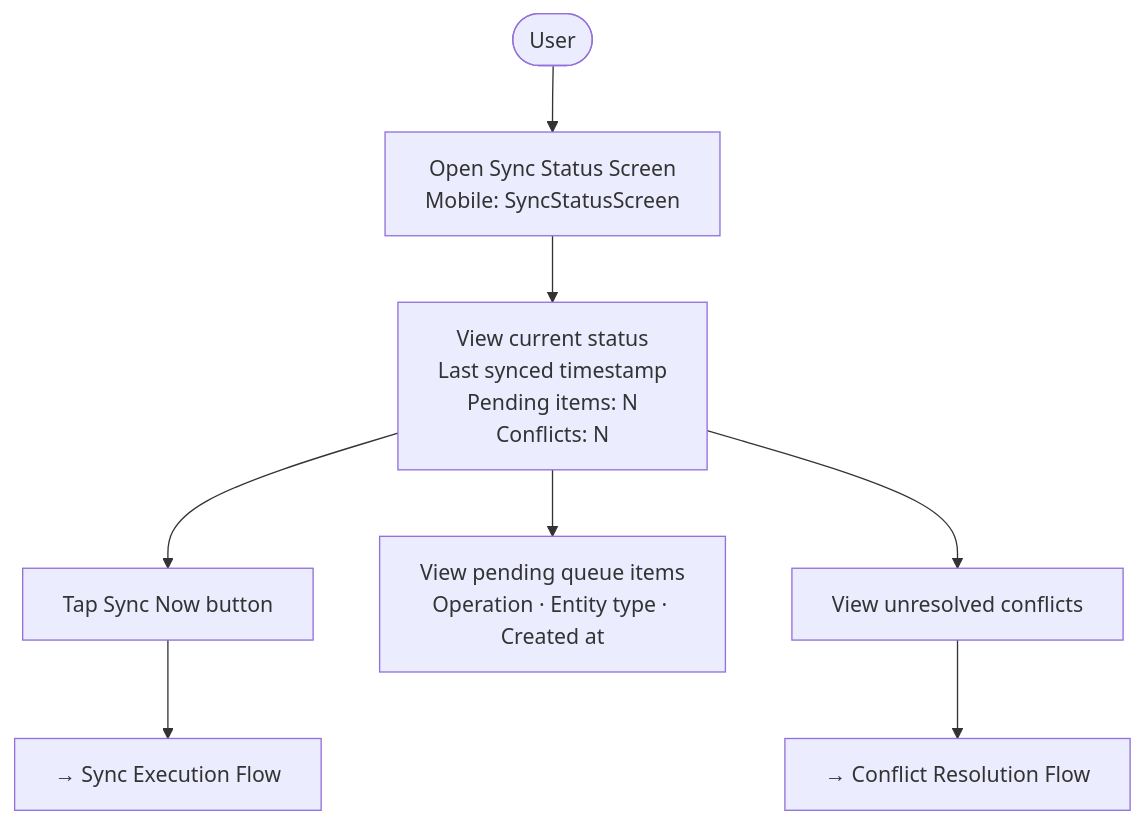
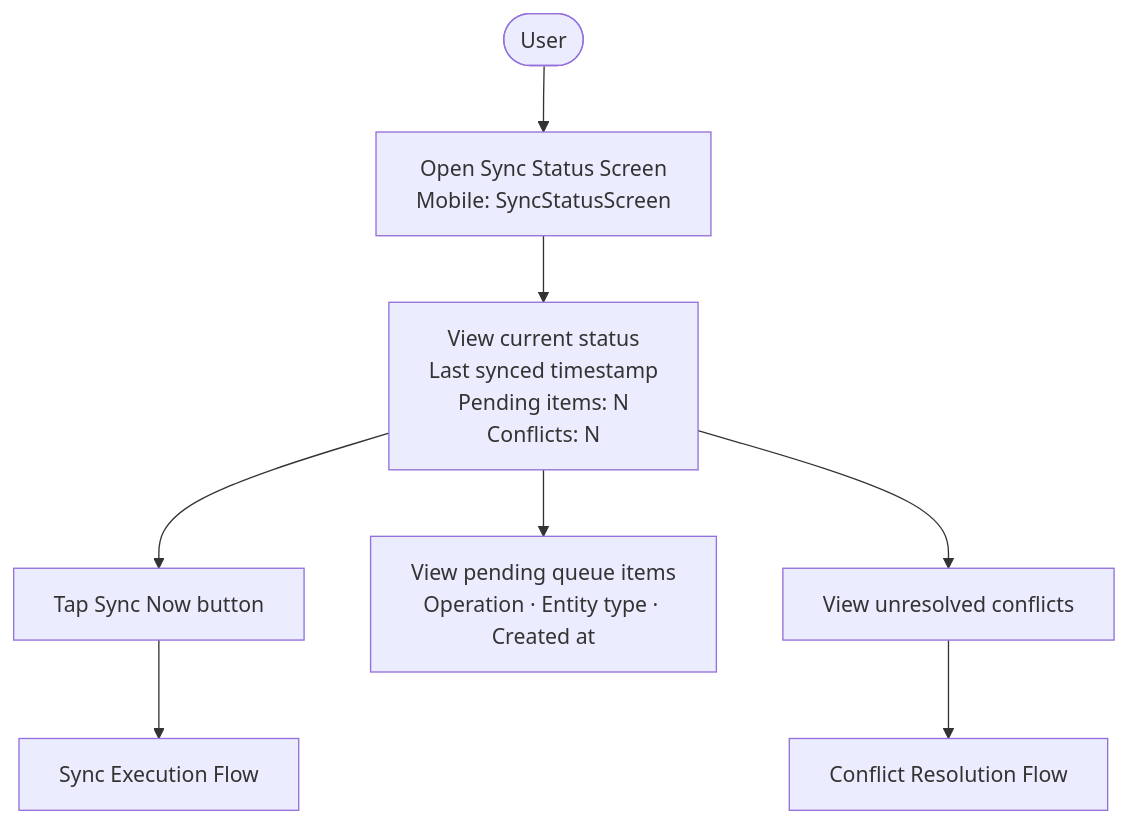
One commit to Nandan222001/health_smart_engage changed the fifth of 5 diagrams in docs/diagrams/flows/11_offline_sync_flow.md. Above: the diagram before and after it, drawn with Mermaid. The commit also changed other lines of this file and 15 other files, not shown here.

First line of the commit message:
fix: repair Mermaid rendering errors across all diagram files

````diff
--- a/docs/diagrams/flows/11_offline_sync_flow.md
+++ b/docs/diagrams/flows/11_offline_sync_flow.md
@@ -94,10 +94,10 @@
 ```mermaid
 flowchart TD
     USER([User]) --> SYNC_SCREEN[Open Sync Status Screen\nMobile: SyncStatusScreen]
     SYNC_SCREEN --> STATUS_VIEW[View current status\nLast synced timestamp\nPending items: N\nConflicts: N]
     STATUS_VIEW --> MANUAL_SYNC[Tap Sync Now button]
-    MANUAL_SYNC --> SYNC_FLOW[→ Sync Execution Flow]
+    MANUAL_SYNC --> SYNC_FLOW[Sync Execution Flow]
     STATUS_VIEW --> VIEW_QUEUE[View pending queue items\nOperation · Entity type · Created at]
     STATUS_VIEW --> VIEW_CONFLICTS[View unresolved conflicts]
-    VIEW_CONFLICTS --> CONFLICT_RESOLVE[→ Conflict Resolution Flow]
+    VIEW_CONFLICTS --> CONFLICT_RESOLVE[Conflict Resolution Flow]
 ```
````
